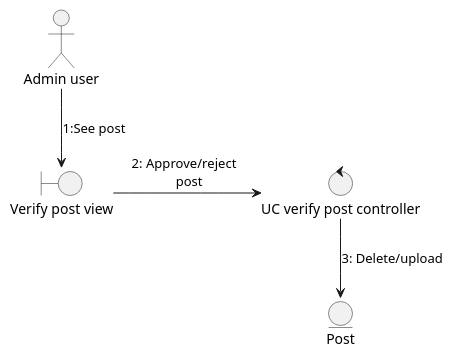
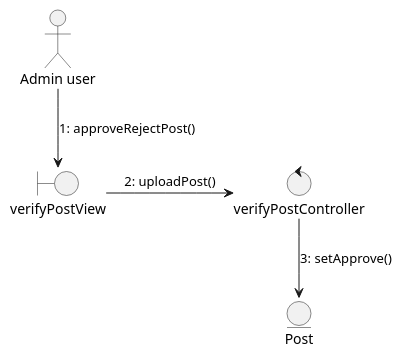
The diagram in docs/scenariosView/collaborationDiagram/useCase-VerificarPublicaciones.puml (Dayannis-07/ING_SOFT), drawn with PlantUML before and after one commit. The commit also changed 11 other files, not shown here.

Commit message:
corrections collaboration Diagram & classDiagram

```diff
--- a/docs/scenariosView/collaborationDiagram/useCase-VerificarPublicaciones.puml
+++ b/docs/scenariosView/collaborationDiagram/useCase-VerificarPublicaciones.puml
@@ -1,9 +1,9 @@
 @startuml verificarPublicaciones
 actor "Admin user" as Act
-boundary "Verify post view" as view
-Act-->view :1:See post
-control "UC verify post controller" as controller
-view-r->controller :2: Approve/reject  \n post
+boundary "verifyPostView" as view
+Act-->view :1: approveRejectPost()
+control "verifyPostController" as controller
+view-r->controller :2: uploadPost()
 entity Post as entity
-controller-->entity :3: Delete/upload
+controller-->entity :3: setApprove()
 @enduml
```
